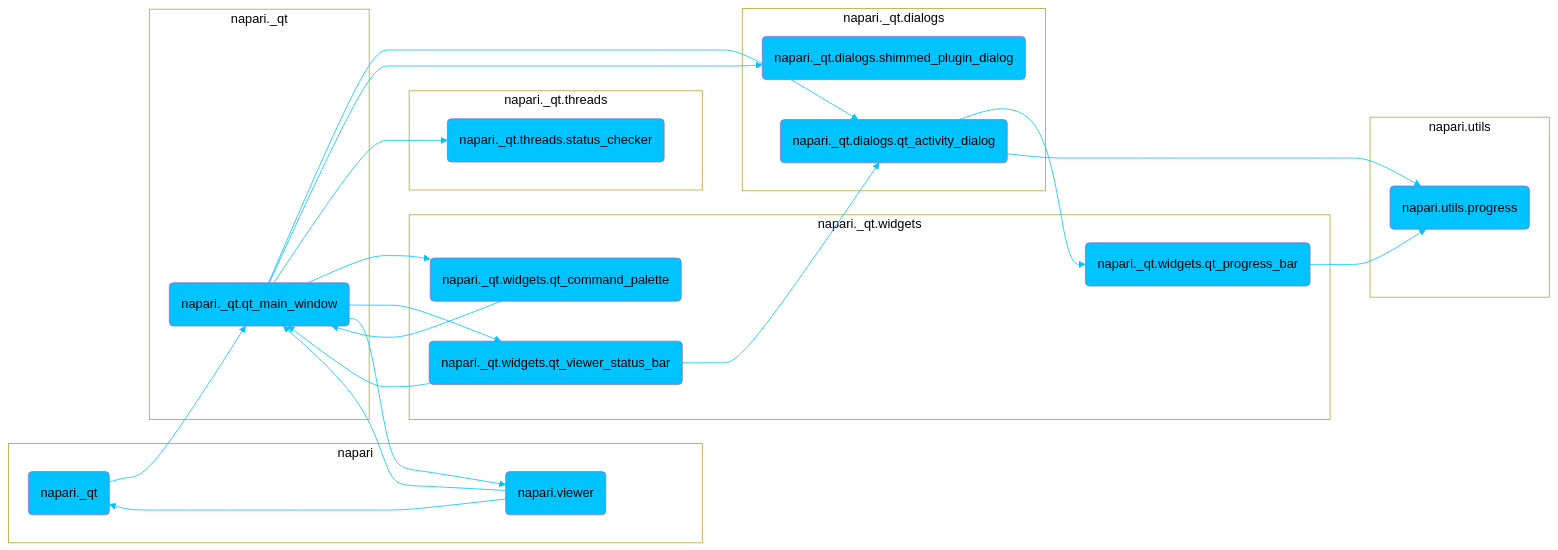
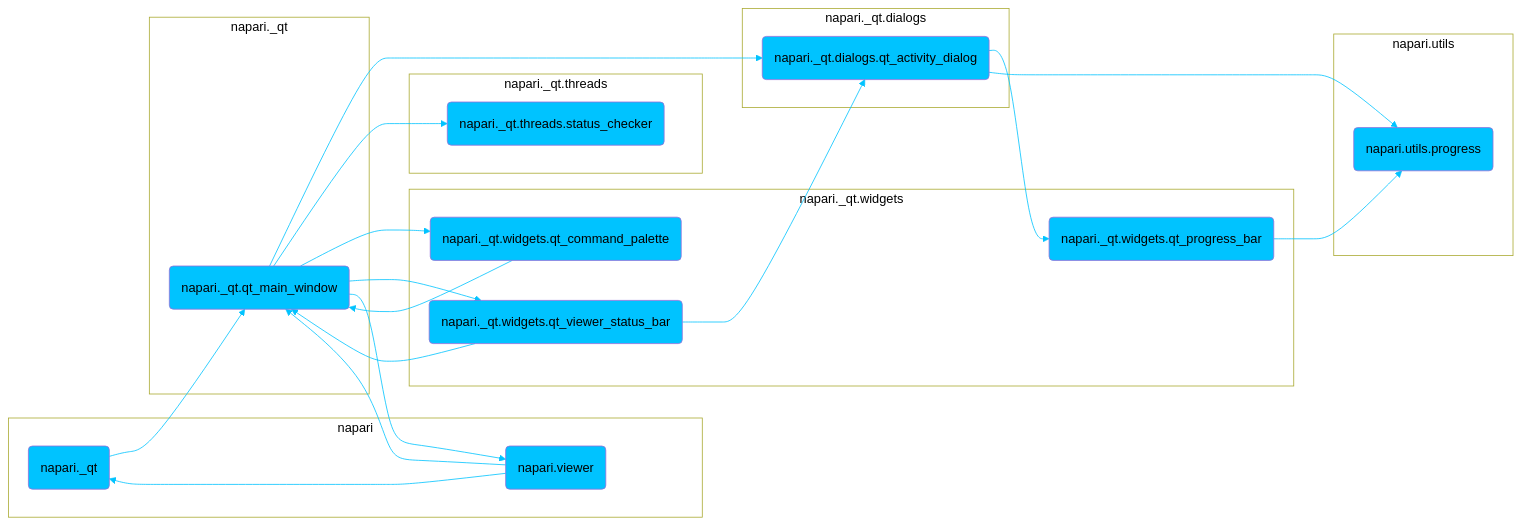
The diagram in dev/_sources/developers/architecture/ui_sections/application_status_bar_ui.md (napari/napari.github.io), drawn with Mermaid before and after one commit. The commit also changed other lines of this file and 715 other files, not shown here.

````diff
--- a/dev/_sources/developers/architecture/ui_sections/application_status_bar_ui.md
+++ b/dev/_sources/developers/architecture/ui_sections/application_status_bar_ui.md
@@ -3,71 +3,67 @@
 ```{mermaid}
 graph LR
 	accTitle: Dependencies between modules in the napari Application status bar UI section
 	accDescr: Diagram showing the dependencies between the modules involved in the definition of the napari Application status bar UI section
 	napari._qt(napari._qt)
 	napari._qt --> napari._qt.qt_main_window
 	click napari._qt "https://github.com/napari/napari/tree/main/napari/_qt/__init__.py" _blank
 	napari._qt.dialogs.qt_activity_dialog(napari._qt.dialogs.qt_activity_dialog)
 	napari._qt.dialogs.qt_activity_dialog --> napari._qt.widgets.qt_progress_bar
 	napari._qt.dialogs.qt_activity_dialog --> napari.utils.progress
 	click napari._qt.dialogs.qt_activity_dialog "https://github.com/napari/napari/tree/main/napari/_qt/dialogs/qt_activity_dialog.py" _blank
-	napari._qt.dialogs.shimmed_plugin_dialog(napari._qt.dialogs.shimmed_plugin_dialog)
-	click napari._qt.dialogs.shimmed_plugin_dialog "https://github.com/napari/napari/tree/main/napari/_qt/dialogs/shimmed_plugin_dialog.py" _blank
 	napari._qt.qt_main_window(napari._qt.qt_main_window)
 	napari._qt.qt_main_window --> napari._qt.dialogs.qt_activity_dialog
-	napari._qt.qt_main_window --> napari._qt.dialogs.shimmed_plugin_dialog
 	napari._qt.qt_main_window --> napari._qt.threads.status_checker
 	napari._qt.qt_main_window --> napari._qt.widgets.qt_command_palette
 	napari._qt.qt_main_window --> napari._qt.widgets.qt_viewer_status_bar
 	napari._qt.qt_main_window --> napari.viewer
 	click napari._qt.qt_main_window "https://github.com/napari/napari/tree/main/napari/_qt/qt_main_window.py" _blank
 	napari._qt.threads.status_checker(napari._qt.threads.status_checker)
 	click napari._qt.threads.status_checker "https://github.com/napari/napari/tree/main/napari/_qt/threads/status_checker.py" _blank
 	napari._qt.widgets.qt_command_palette(napari._qt.widgets.qt_command_palette)
 	napari._qt.widgets.qt_command_palette --> napari._qt.qt_main_window
 	click napari._qt.widgets.qt_command_palette "https://github.com/napari/napari/tree/main/napari/_qt/widgets/qt_command_palette.py" _blank
 	napari._qt.widgets.qt_progress_bar(napari._qt.widgets.qt_progress_bar)
 	napari._qt.widgets.qt_progress_bar --> napari.utils.progress
 	click napari._qt.widgets.qt_progress_bar "https://github.com/napari/napari/tree/main/napari/_qt/widgets/qt_progress_bar.py" _blank
 	napari._qt.widgets.qt_viewer_status_bar(napari._qt.widgets.qt_viewer_status_bar)
 	napari._qt.widgets.qt_viewer_status_bar --> napari._qt.dialogs.qt_activity_dialog
 	napari._qt.widgets.qt_viewer_status_bar --> napari._qt.qt_main_window
 	click napari._qt.widgets.qt_viewer_status_bar "https://github.com/napari/napari/tree/main/napari/_qt/widgets/qt_viewer_status_bar.py" _blank
 	napari.utils.progress(napari.utils.progress)
 	click napari.utils.progress "https://github.com/napari/napari/tree/main/napari/utils/progress.py" _blank
 	napari.viewer(napari.viewer)
 	napari.viewer --> napari._qt
 	napari.viewer --> napari._qt.qt_main_window
 	click napari.viewer "https://github.com/napari/napari/tree/main/napari/viewer.py" _blank
 	subgraph module.napari[napari]
 		 napari._qt
 		 napari.viewer
 	end
 	class module.napari subgraphs
 	subgraph module.napari._qt.dialogs[napari._qt.dialogs]
 		 napari._qt.dialogs.qt_activity_dialog
-		 napari._qt.dialogs.shimmed_plugin_dialog
 	end
 	class module.napari._qt.dialogs subgraphs
 	subgraph module.napari._qt[napari._qt]
 		 napari._qt.qt_main_window
 	end
 	class module.napari._qt subgraphs
 	subgraph module.napari._qt.threads[napari._qt.threads]
 		 napari._qt.threads.status_checker
 	end
 	class module.napari._qt.threads subgraphs
 	subgraph module.napari._qt.widgets[napari._qt.widgets]
 		 napari._qt.widgets.qt_command_palette
 		 napari._qt.widgets.qt_progress_bar
 		 napari._qt.widgets.qt_viewer_status_bar
 	end
 	class module.napari._qt.widgets subgraphs
 	subgraph module.napari.utils[napari.utils]
 		 napari.utils.progress
 	end
 	class module.napari.utils subgraphs
 	classDef subgraphs fill:white,strock:black,color:black;	classDef default fill:#00c3ff,color:black;
 	linkStyle default stroke:#00c3ff
 	classDef external fill:#ffa600,color:black;
 ```
````
